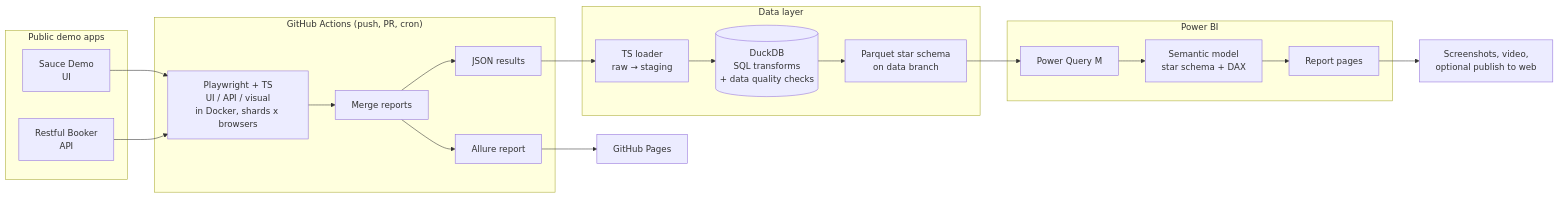
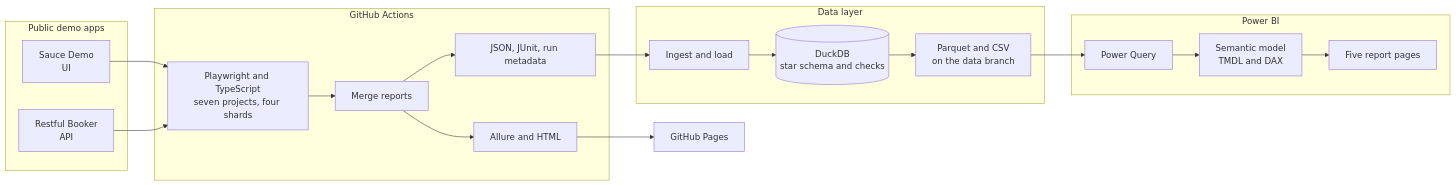
One commit to JordyRdev/powerbi-dashboard-playwright changed the diagram in README.md. Above: the diagram before and after it, drawn with Mermaid. The commit also changed other lines of this file, not shown here.

````diff
--- a/README.md
+++ b/README.md
@@ -28,28 +29,28 @@
 ```mermaid
 flowchart LR
   subgraph Apps["Public demo apps"]
     SD[Sauce Demo<br/>UI]
     RB[Restful Booker<br/>API]
   end
-  subgraph CI["GitHub Actions (push, PR, cron)"]
-    T[Playwright + TS<br/>UI / API / visual<br/>in Docker, shards x browsers]
+  subgraph CI["GitHub Actions"]
+    T[Playwright and TypeScript<br/>seven projects, four shards]
     M[Merge reports]
-    AL[Allure report]
-    J[JSON results]
+    AL[Allure and HTML]
+    J[JSON, JUnit, run metadata]
   end
   subgraph Data["Data layer"]
-    L[TS loader<br/>raw → staging]
-    D[(DuckDB<br/>SQL transforms<br/>+ data quality checks)]
-    P[Parquet star schema<br/>on data branch]
+    L[Ingest and load]
+    D[(DuckDB<br/>star schema and checks)]
+    P[Parquet and CSV<br/>on the data branch]
   end
   subgraph BI["Power BI"]
-    PQ[Power Query M]
-    SM[Semantic model<br/>star schema + DAX]
-    R[Report pages]
+    PQ[Power Query]
+    SM[Semantic model<br/>TMDL and DAX]
+    R[Five report pages]
   end
   SD --> T
   RB --> T
-  T --> M --> AL --> GP[GitHub Pages]
+  T --> M
+  M --> AL --> GP[GitHub Pages]
   M --> J --> L --> D --> P --> PQ --> SM --> R
-  R --> PUB[Screenshots, video,<br/>optional publish to web]
 ```
````
